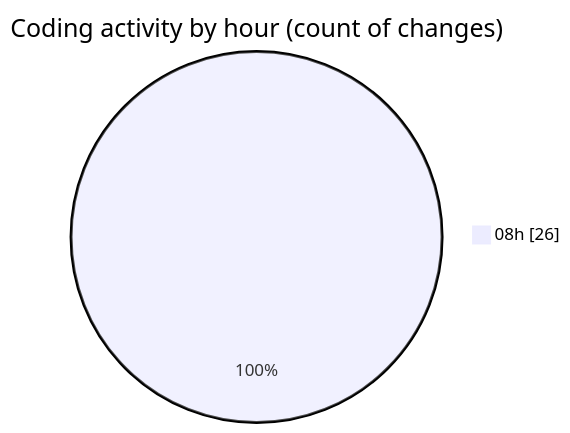
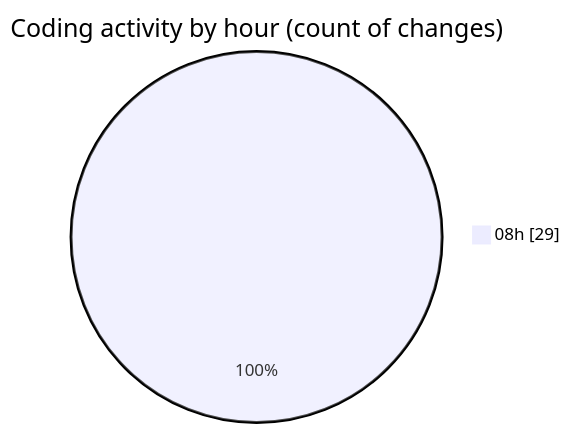
The second of 2 diagrams in 2025-04-09/cda/README.md (momahboobian/code-tracking), drawn with Mermaid before and after one commit. The commit also changed other lines of this file and 1 other file, not shown here.

````diff
--- a/2025-04-09/cda/README.md
+++ b/2025-04-09/cda/README.md
@@ -31,5 +31,5 @@
 ```mermaid
 pie showData
 title Coding activity by hour (count of changes)
-"08h" : 26
+"08h" : 29
 ```
````
